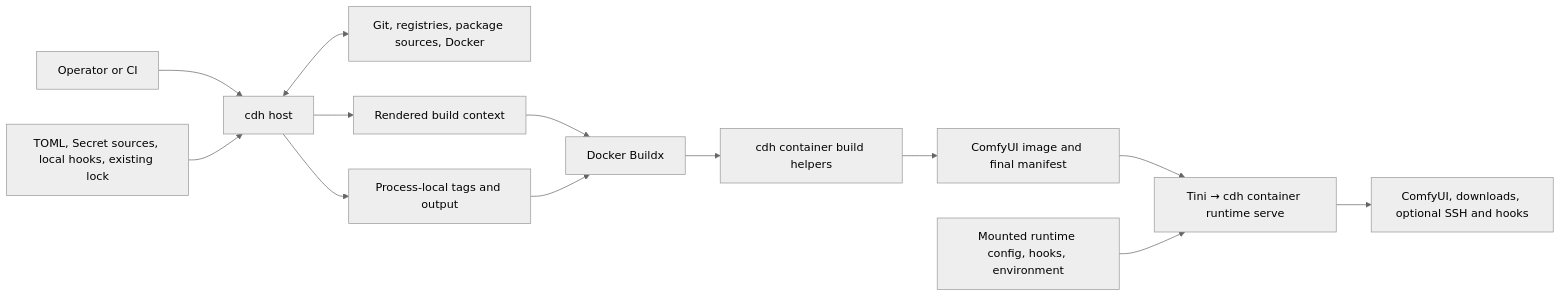
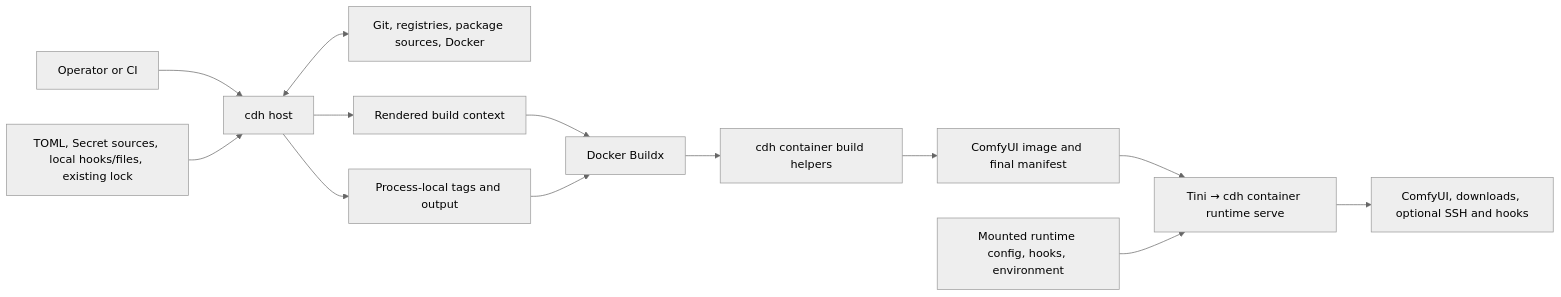
One commit to jimlee2048/comfyui-docker-helper changed the diagram in docs/dev/architecture.md. Above: the diagram before and after it, drawn with Mermaid (neutral theme). The commit also changed other lines of this file and 57 other files, not shown here.

````diff
--- a/docs/dev/architecture.md
+++ b/docs/dev/architecture.md
@@ -9,15 +9,15 @@
 ```mermaid
 flowchart LR
     Operator["Operator or CI"] --> Host["cdh host"]
-    Inputs["TOML, Secret sources, local hooks, existing lock"] --> Host
+    Inputs["TOML, Secret sources, local hooks/files, existing lock"] --> Host
     Host <--> Providers["Git, registries, package sources, Docker"]
     Host --> Context["Rendered build context"]
     Host --> Publication["Process-local tags and output"]
     Context --> Buildx["Docker Buildx"]
     Publication --> Buildx
     Buildx --> Helpers["cdh container build helpers"]
     Helpers --> Image["ComfyUI image and final manifest"]
     Image --> Runtime["Tini → cdh container runtime serve"]
     Deployment["Mounted runtime config, hooks, environment"] --> Runtime
     Runtime --> Services["ComfyUI, downloads, optional SSH and hooks"]
 ```
````
